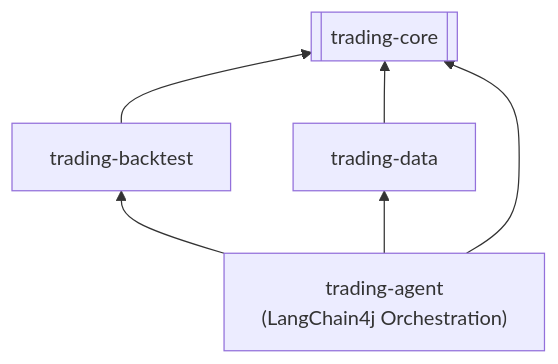
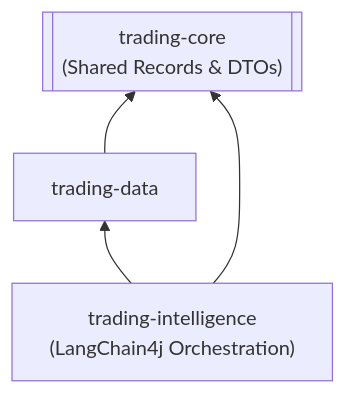
Before and after one commit to martinfou/trading-bridge: the second of 2 diagrams in _bmad-output/planning-artifacts/prds/prd-agentic-strategist-2026-06-06/prd.md, drawn with Mermaid. The commit also changed other lines of this file and 64 other files, not shown here.

````diff
--- a/_bmad-output/planning-artifacts/prds/prd-agentic-strategist-2026-06-06/prd.md
+++ b/_bmad-output/planning-artifacts/prds/prd-agentic-strategist-2026-06-06/prd.md
@@ -37,9 +52,7 @@
 ```mermaid
 flowchart BT
-  CORE[["trading-core"]]
-  BT_MOD["trading-backtest"] --> CORE
+  CORE[["trading-core<br/>(Shared Records & DTOs)"]]
   DATA["trading-data"] --> CORE
-  AGENT["trading-agent<br/>(LangChain4j Orchestration)"] --> CORE
-  AGENT --> DATA
-  AGENT --> BT_MOD
+  INTEL["trading-intelligence<br/>(LangChain4j Orchestration)"] --> CORE
+  INTEL --> DATA
 ```
````
